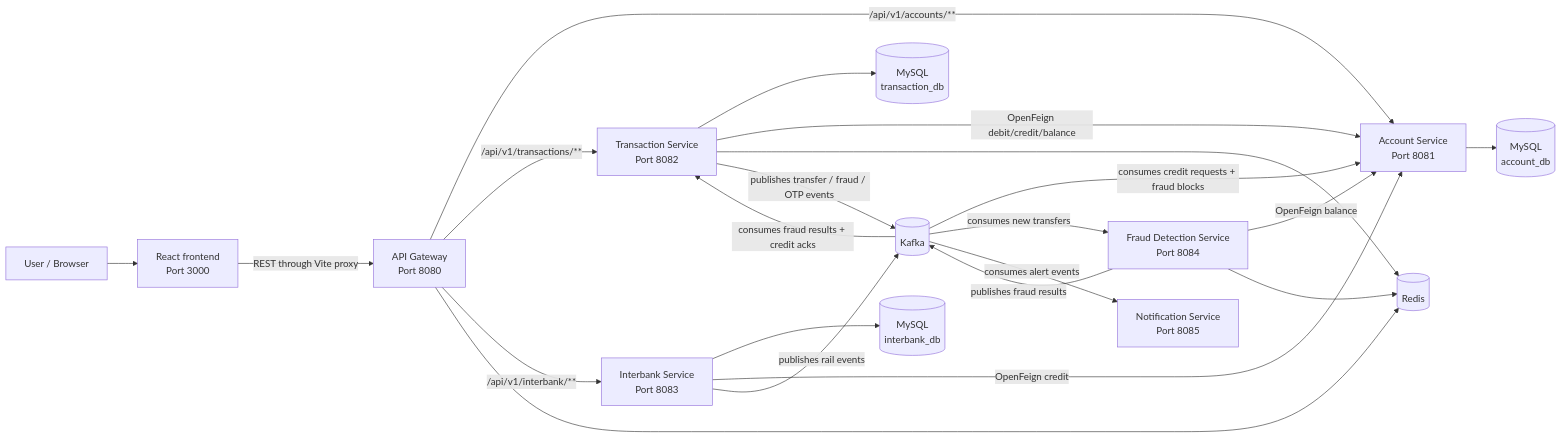
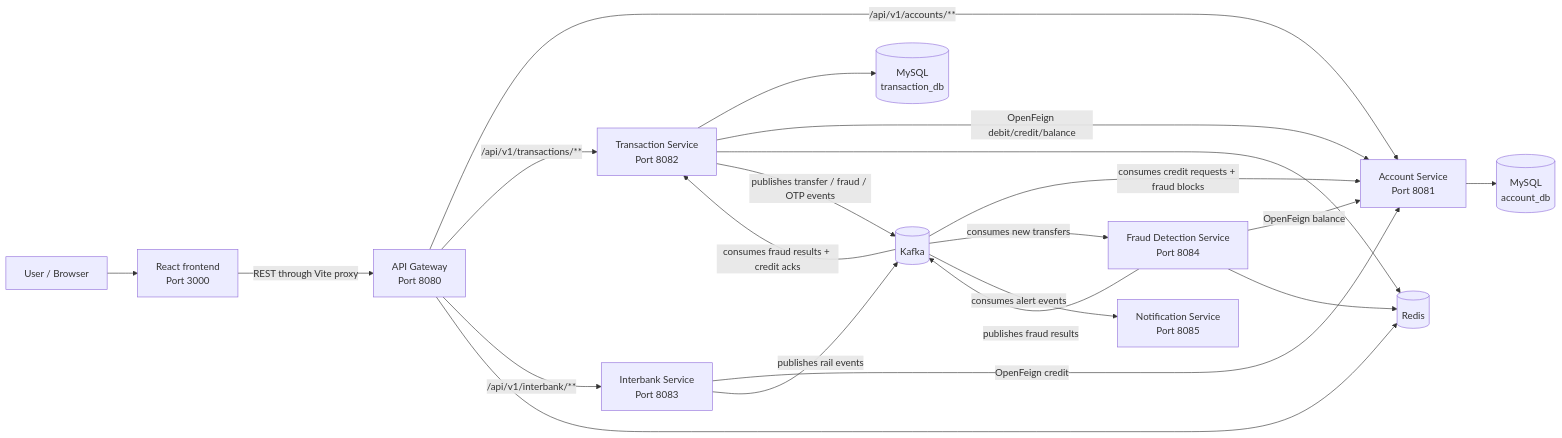
One commit to Mohit-R-04/DigitalBankingSystem changed the first of 5 diagrams in README.md. Above: the diagram before and after it, drawn with Mermaid. The commit also changed other lines of this file and 17 other files, not shown here.

````diff
--- a/README.md
+++ b/README.md
@@ -173,29 +173,28 @@
 ```mermaid
 flowchart LR
     U[User / Browser] --> F[React frontend\nPort 3000]
     F -->|REST through Vite proxy| G[API Gateway\nPort 8080]
 
     G -->|/api/v1/accounts/**| A[Account Service\nPort 8081]
     G -->|/api/v1/transactions/**| T[Transaction Service\nPort 8082]
     G -->|/api/v1/interbank/**| I[Interbank Service\nPort 8083]
 
     A --> AD[(MySQL\naccount_db)]
     T --> TD[(MySQL\ntransaction_db)]
-    I --> ID[(MySQL\ninterbank_db)]
 
     T -->|OpenFeign debit/credit/balance| A
     I -->|OpenFeign credit| A
     FR[Fraud Detection Service\nPort 8084] -->|OpenFeign balance| A
 
     G --> R[(Redis)]
     T --> R
     FR --> R
 
     T -->|publishes transfer / fraud / OTP events| K[(Kafka)]
     FR -->|publishes fraud results| K
     I -->|publishes rail events| K
     K -->|consumes credit requests + fraud blocks| A
     K -->|consumes fraud results + credit acks| T
     K -->|consumes new transfers| FR
     K -->|consumes alert events| N[Notification Service\nPort 8085]
 ```
````
